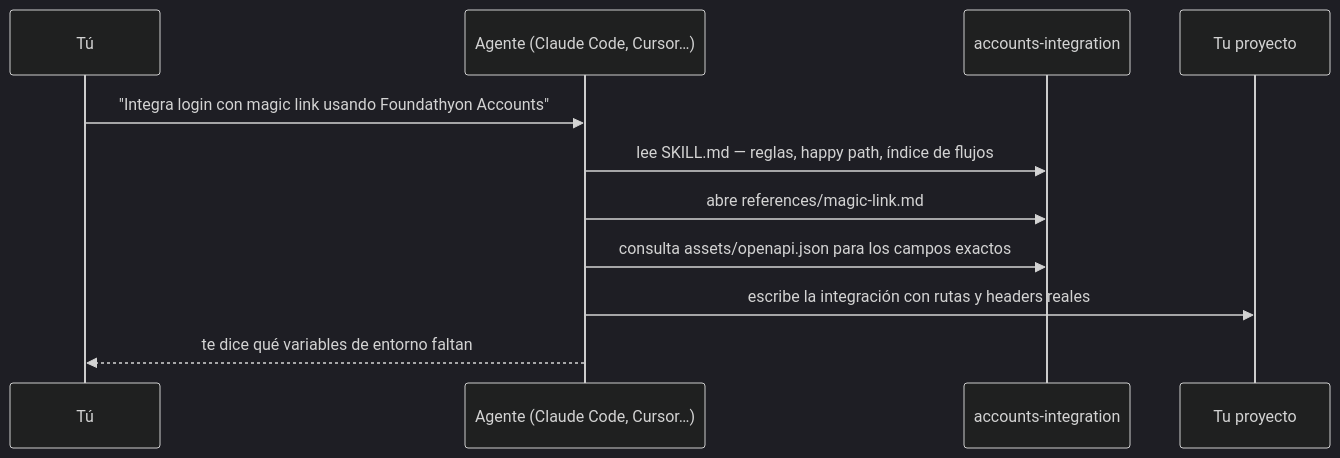
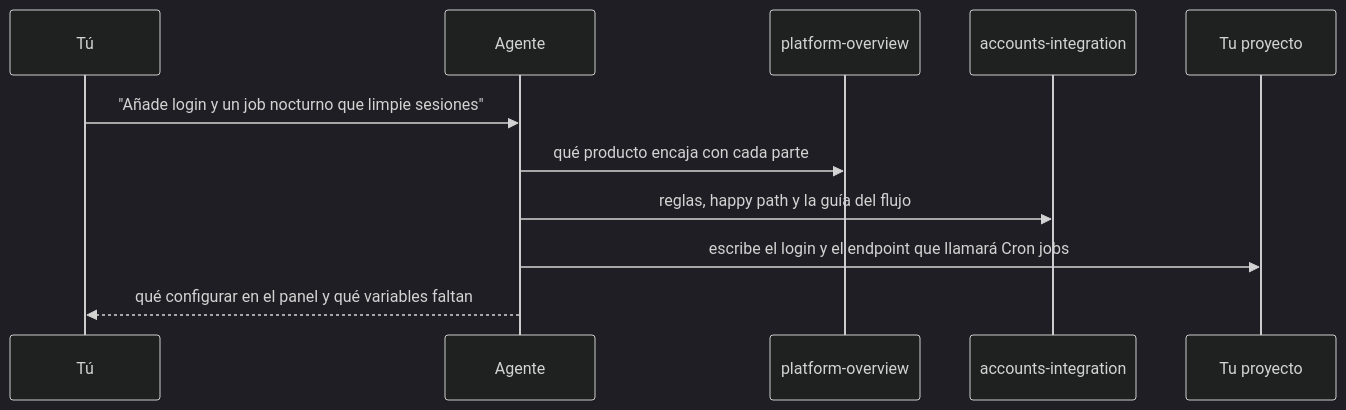
Before and after one commit to fundathyon/marketplace: the second of 2 diagrams in README.md, drawn with Mermaid (dark theme). The commit also changed other lines of this file and 1 other file, not shown here.

````diff
--- a/README.md
+++ b/README.md
@@ -69,14 +60,14 @@
 ```mermaid
 sequenceDiagram
     participant Dev as Tú
-    participant Agent as Agente (Claude Code, Cursor…)
-    participant Skill as accounts-integration
+    participant Agent as Agente
+    participant P as platform-overview
+    participant S as accounts-integration
     participant Code as Tu proyecto
 
-    Dev->>Agent: "Integra login con magic link usando Foundathyon Accounts"
-    Agent->>Skill: lee SKILL.md — reglas, happy path, índice de flujos
-    Agent->>Skill: abre references/magic-link.md
-    Agent->>Skill: consulta assets/openapi.json para los campos exactos
-    Agent->>Code: escribe la integración con rutas y headers reales
-    Agent-->>Dev: te dice qué variables de entorno faltan
+    Dev->>Agent: "Añade login y un job nocturno que limpie sesiones"
+    Agent->>P: qué producto encaja con cada parte
+    Agent->>S: reglas, happy path y la guía del flujo
+    Agent->>Code: escribe el login y el endpoint que llamará Cron jobs
+    Agent-->>Dev: qué configurar en el panel y qué variables faltan
 ```
````
